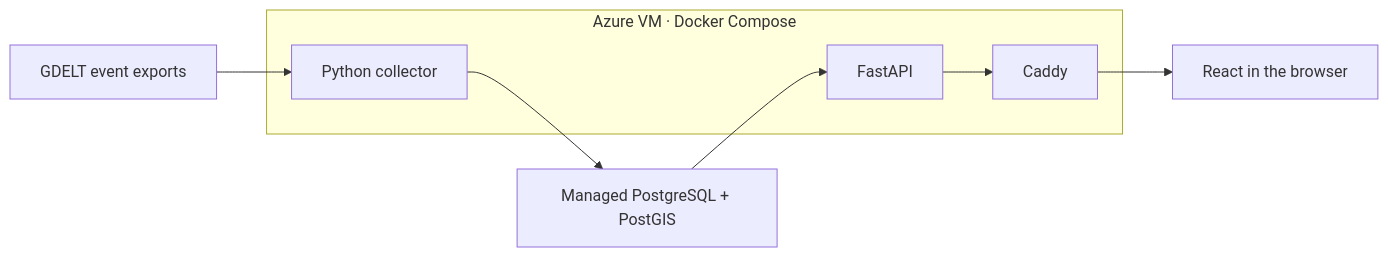
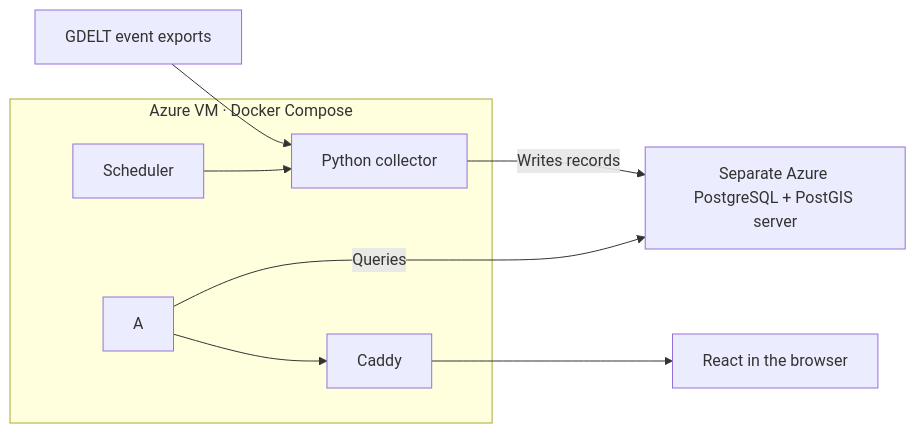
Before and after one commit to fegalvan/Global-News-Monitor: the diagram in README.md, drawn with Mermaid. The commit also changed other lines of this file and 3 other files, not shown here.

````diff
--- a/README.md
+++ b/README.md
@@ -21,13 +21,13 @@
 ```mermaid
 flowchart LR
     G["GDELT event exports"] --> P["Python collector"]
-    P --> D["Managed PostgreSQL + PostGIS"]
-    D --> A["FastAPI"]
+    P -->|Writes records| D["Separate Azure PostgreSQL + PostGIS server"]
+    A -->|Queries| D
     A --> W["Caddy"]
     W --> R["React in the browser"]
     subgraph VM["Azure VM · Docker Compose"]
-      P
+      S["Scheduler"] --> P
       A
       W
     end
 ```
````
